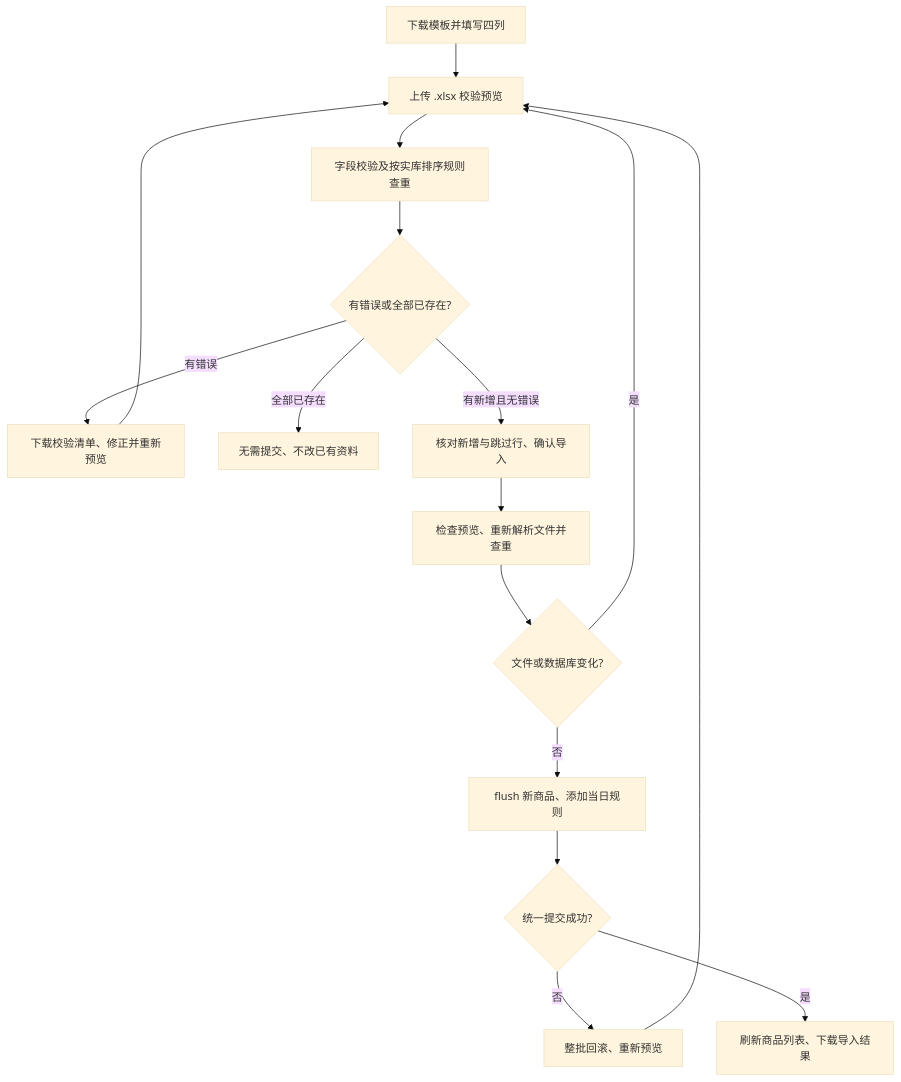
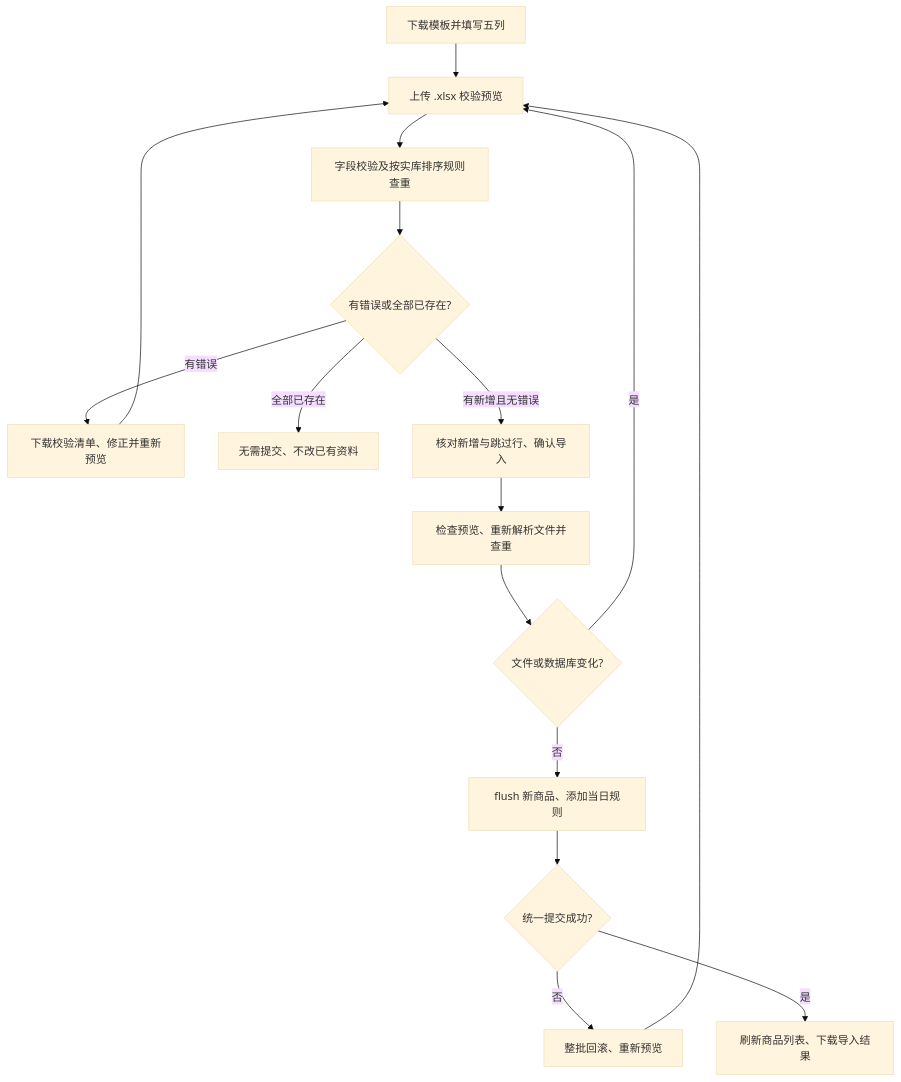
The first of 2 diagrams in docs/modules/products/workflow.md (yueweiit/FastAPIProject), drawn with Mermaid (base theme) before and after one commit. The commit also changed other lines of this file and 27 other files, not shown here.

````diff
--- a/docs/modules/products/workflow.md
+++ b/docs/modules/products/workflow.md
@@ -13,18 +13,18 @@
 ```mermaid
 flowchart TD
-    A[下载模板并填写四列] --> B[上传 .xlsx 校验预览]
+    A[下载模板并填写五列] --> B[上传 .xlsx 校验预览]
     B --> C[字段校验及按实库排序规则查重]
     C --> D{有错误或全部已存在?}
     D -->|有错误| E[下载校验清单、修正并重新预览]
     E --> B
     D -->|全部已存在| F[无需提交、不改已有资料]
     D -->|有新增且无错误| G[核对新增与跳过行、确认导入]
     G --> H[检查预览、重新解析文件并查重]
     H --> I{文件或数据库变化?}
     I -->|是| B
     I -->|否| J[flush 新商品、添加当日规则]
     J --> K{统一提交成功?}
     K -->|否| L[整批回滚、重新预览]
     L --> B
     K -->|是| M[刷新商品列表、下载导入结果]
 ```
````
